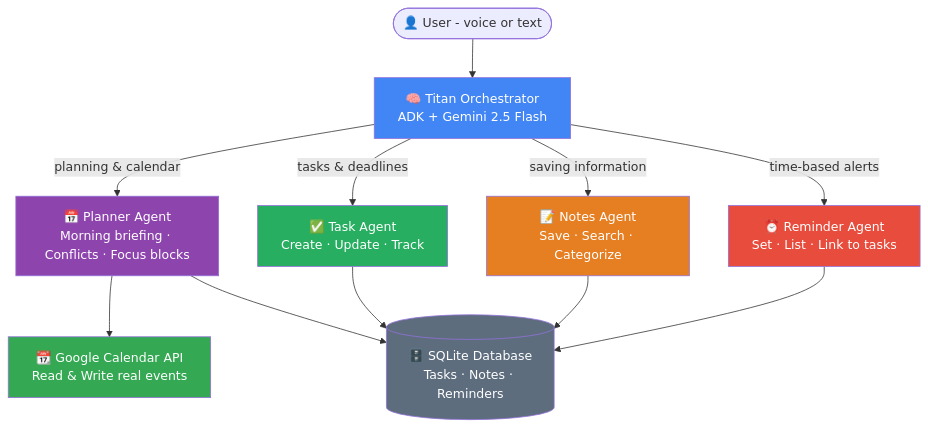
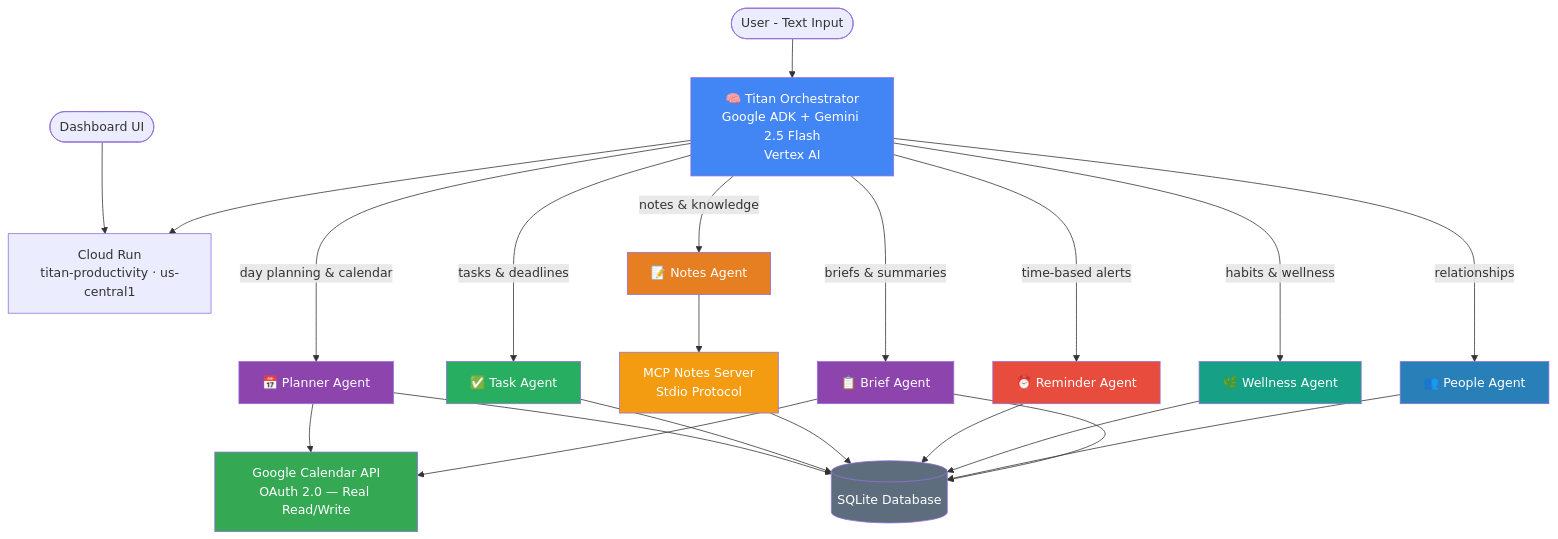
One commit to HiteshSipani/titan-productivity changed the diagram in README.md. Above: the diagram before and after it, drawn with Mermaid. The commit also changed other lines of this file, not shown here.

````diff
--- a/README.md
+++ b/README.md
@@ -43,25 +90,41 @@
 ```mermaid
 flowchart TD
-    U([👤 User - voice or text]) --> O
+    U([User - Text Input]) --> O
+    D([Dashboard UI]) --> API
 
-    O[🧠 Titan Orchestrator\nADK + Gemini 2.5 Flash]
+    O[🧠 Titan Orchestrator\nGoogle ADK + Gemini 2.5 Flash\nVertex AI]
 
-    O -->|planning & calendar| P[📅 Planner Agent\nMorning briefing · Conflicts · Focus blocks]
-    O -->|tasks & deadlines| T[✅ Task Agent\nCreate · Update · Track]
-    O -->|saving information| N[📝 Notes Agent\nSave · Search · Categorize]
-    O -->|time-based alerts| R[⏰ Reminder Agent\nSet · List · Link to tasks]
+    O -->|day planning & calendar| P[📅 Planner Agent]
+    O -->|tasks & deadlines| T[✅ Task Agent]
+    O -->|notes & knowledge| N[📝 Notes Agent]
+    O -->|time-based alerts| R[⏰ Reminder Agent]
+    O -->|habits & wellness| W[🌿 Wellness Agent]
+    O -->|relationships| PE[👥 People Agent]
+    O -->|briefs & summaries| B[📋 Brief Agent]
 
-    P --> CAL[📆 Google Calendar API\nRead & Write real events]
-    P --> DB[(🗄️ SQLite Database\nTasks · Notes · Reminders)]
+    P --> CAL[Google Calendar API\nOAuth 2.0 — Real Read/Write]
+    P --> DB[(SQLite Database)]
     T --> DB
-    N --> DB
+    N --> MCP[MCP Notes Server\nStdio Protocol]
+    MCP --> DB
     R --> DB
+    W --> DB
+    PE --> DB
+    B --> CAL
+    B --> DB
+
+    API[Cloud Run\ntitan-productivity · us-central1]
+    O --> API
 
     style O fill:#4285F4,color:#fff
     style P fill:#8E44AD,color:#fff
     style T fill:#27AE60,color:#fff
     style N fill:#E67E22,color:#fff
     style R fill:#E74C3C,color:#fff
+    style W fill:#16A085,color:#fff
+    style PE fill:#2980B9,color:#fff
+    style B fill:#8E44AD,color:#fff
     style CAL fill:#34A853,color:#fff
     style DB fill:#5D6D7E,color:#fff
+    style MCP fill:#F39C12,color:#fff
 ```
````
